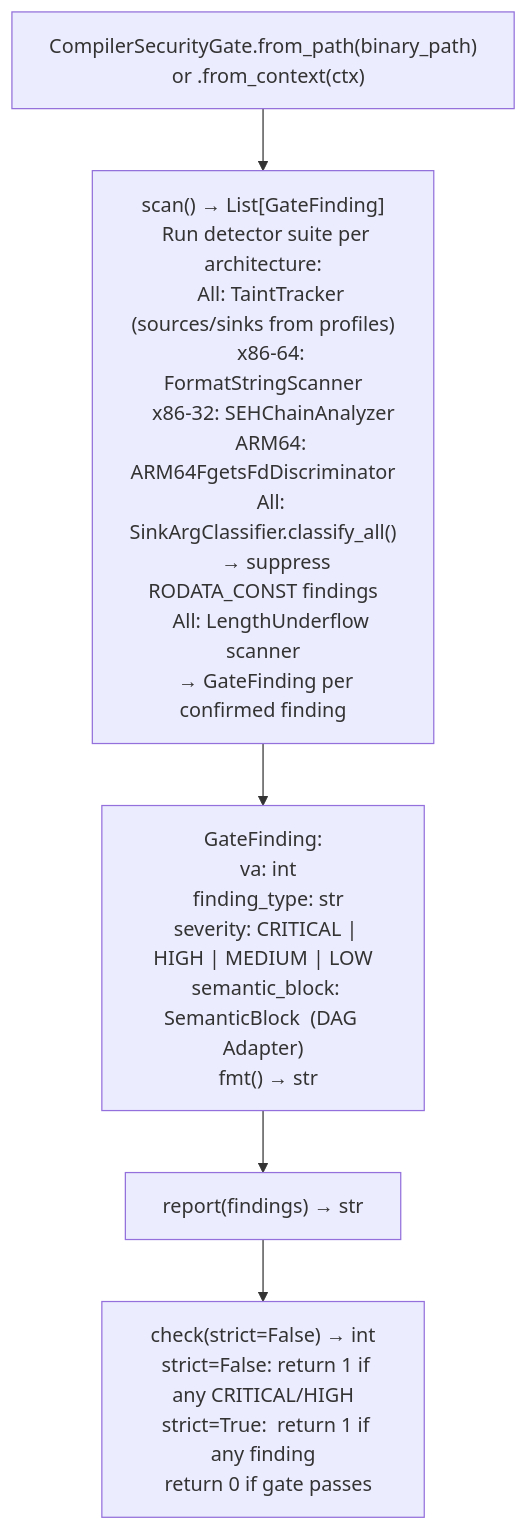
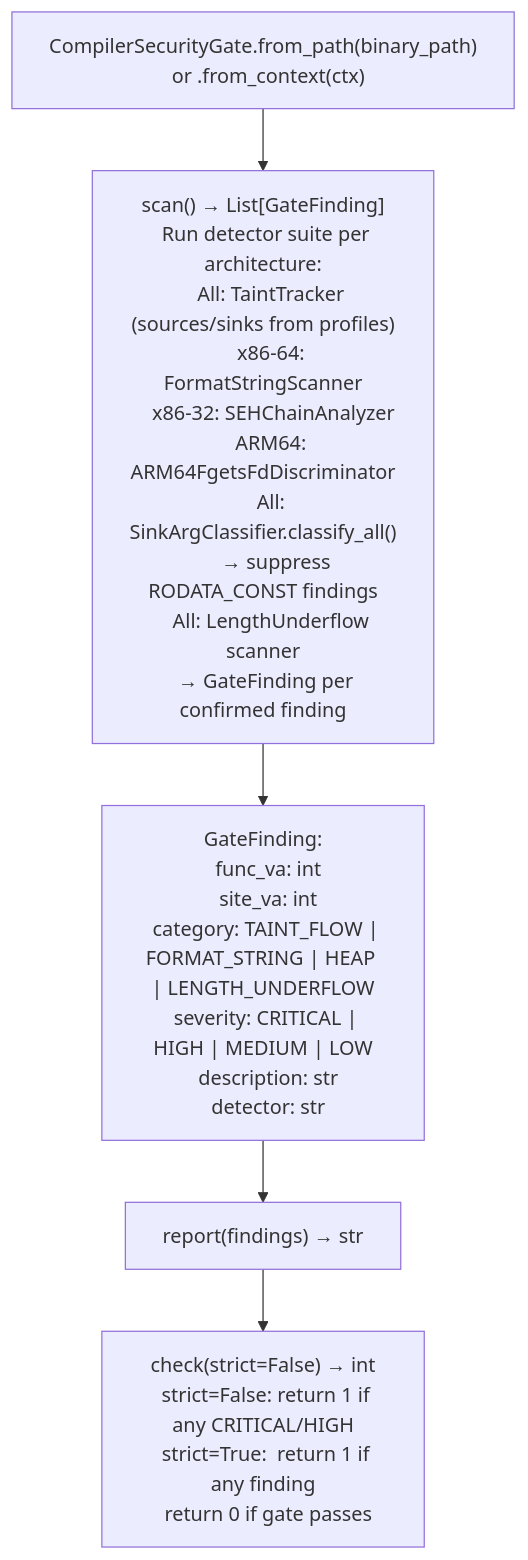
Before and after one commit to Ablation-Tool/ablation: the diagram in docs/reference-modules/instrumentation-noise-removal.md, drawn with Mermaid. The commit also changed other lines of this file and 67 other files, not shown here.

````diff
--- a/docs/reference-modules/instrumentation-noise-removal.md
+++ b/docs/reference-modules/instrumentation-noise-removal.md
@@ -19,7 +19,7 @@
 ```mermaid
 flowchart TD
     A["CompilerSecurityGate.from_path(binary_path)\n  or .from_context(ctx)"] --> B["scan() → List[GateFinding]\n  Run detector suite per architecture:\n    All: TaintTracker (sources/sinks from profiles)\n    x86-64: FormatStringScanner\n    x86-32: SEHChainAnalyzer\n    ARM64: ARM64FgetsFdDiscriminator\n    All: SinkArgClassifier.classify_all()\n      → suppress RODATA_CONST findings\n    All: LengthUnderflow scanner\n  → GateFinding per confirmed finding"]
-    B --> C["GateFinding:\n  va: int\n  finding_type: str\n  severity: CRITICAL | HIGH | MEDIUM | LOW\n  semantic_block: SemanticBlock  (DAG Adapter)\n  fmt() → str"]
+    B --> C["GateFinding:\n  func_va: int\n  site_va: int\n  category: TAINT_FLOW | FORMAT_STRING | HEAP | LENGTH_UNDERFLOW\n  severity: CRITICAL | HIGH | MEDIUM | LOW\n  description: str\n  detector: str"]
     C --> D["report(findings) → str"]
     D --> E["check(strict=False) → int\n  strict=False: return 1 if any CRITICAL/HIGH\n  strict=True:  return 1 if any finding\n  return 0 if gate passes"]
 ```
````
